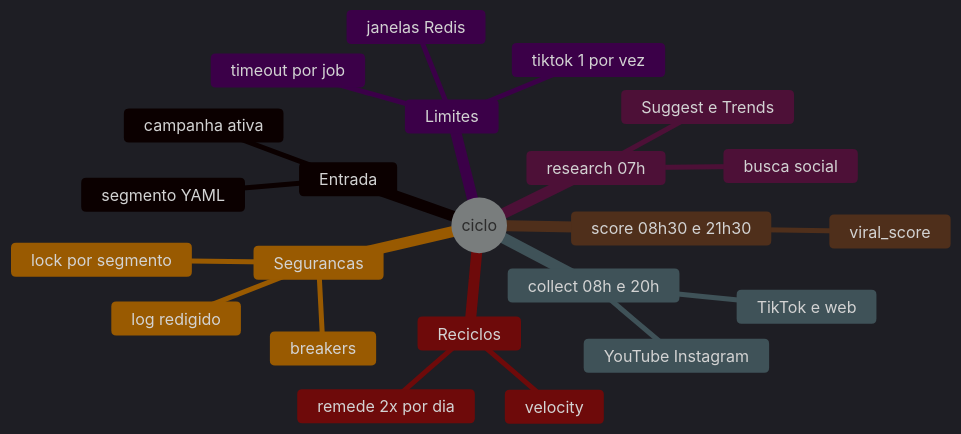
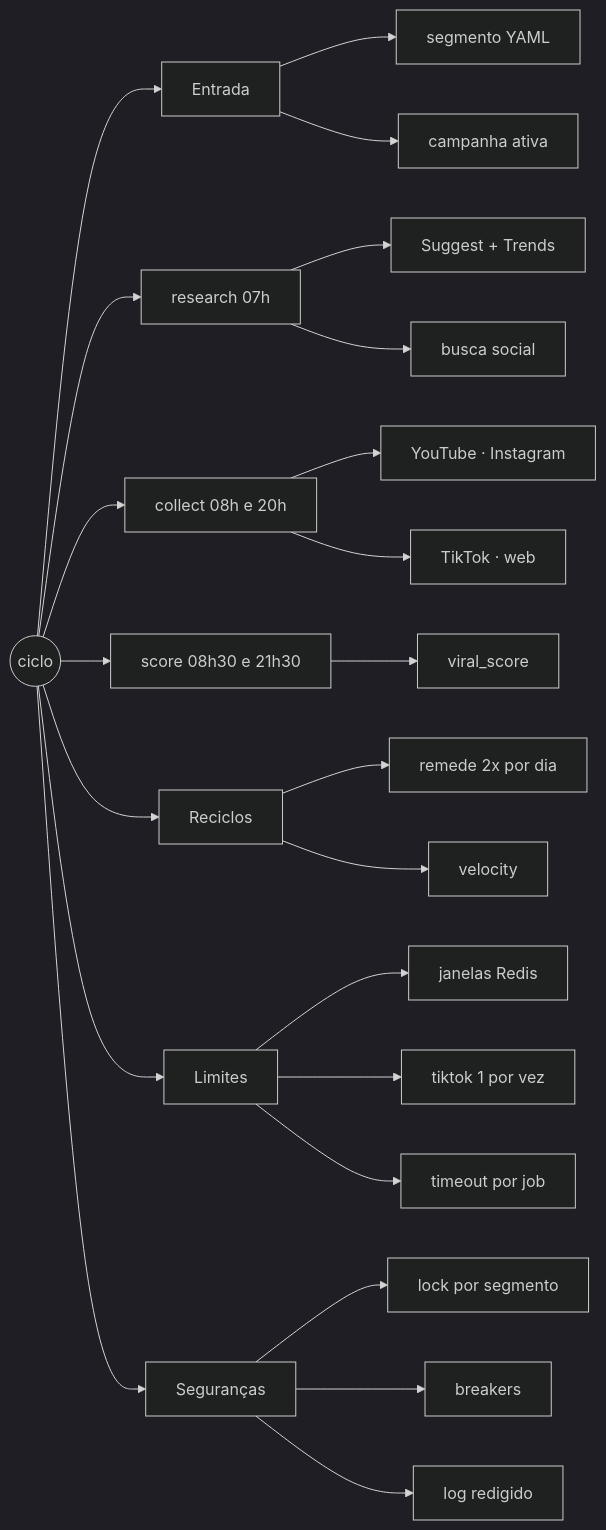
Before and after one commit to leonardodg/content-factory: the first of 7 diagrams in docs/diagram/mapa-do-ciclo.md, drawn with Mermaid (dark theme). The commit also changed other lines of this file and 3 other files, not shown here.

First line of the commit message:
docs: mermaid nativo do Material (tema claro/escuro) + mapa legível no escuro

````diff
--- a/docs/diagram/mapa-do-ciclo.md
+++ b/docs/diagram/mapa-do-ciclo.md
@@ -25,26 +25,26 @@
 ```mermaid
-mindmap
-  root((ciclo))
-    Entrada
-      segmento YAML
-      campanha ativa
-    research 07h
-      Suggest e Trends
-      busca social
-    collect 08h e 20h
-      YouTube Instagram
-      TikTok e web
-    score 08h30 e 21h30
-      viral_score
-    Reciclos
-      remede 2x por dia
-      velocity
-    Limites
-      janelas Redis
-      tiktok 1 por vez
-      timeout por job
-    Segurancas
-      lock por segmento
-      breakers
-      log redigido
+flowchart LR
+    ROOT(("ciclo"))
+    ROOT --> E["Entrada"]
+    E --> E1["segmento YAML"]
+    E --> E2["campanha ativa"]
+    ROOT --> R["research 07h"]
+    R --> R1["Suggest + Trends"]
+    R --> R2["busca social"]
+    ROOT --> C["collect 08h e 20h"]
+    C --> C1["YouTube · Instagram"]
+    C --> C2["TikTok · web"]
+    ROOT --> S["score 08h30 e 21h30"]
+    S --> S1["viral_score"]
+    ROOT --> RC["Reciclos"]
+    RC --> RC1["remede 2x por dia"]
+    RC --> RC2["velocity"]
+    ROOT --> L["Limites"]
+    L --> L1["janelas Redis"]
+    L --> L2["tiktok 1 por vez"]
+    L --> L3["timeout por job"]
+    ROOT --> SG["Seguranças"]
+    SG --> SG1["lock por segmento"]
+    SG --> SG2["breakers"]
+    SG --> SG3["log redigido"]
 ```
````
